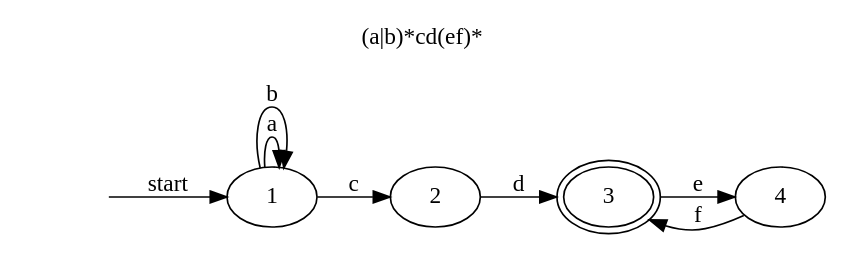
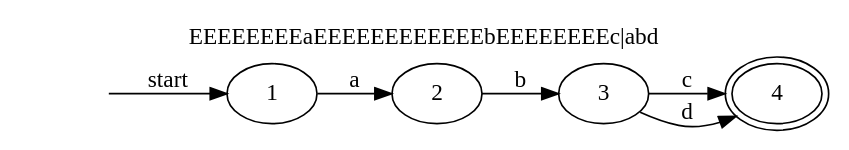
Before and after one commit to jorge-luis-ibanez-canales-2019630541/Compiladores2021B: the diagram in Algorithms/Lexical Analysis/RE_to_DFA_Syntax_Tree/ejemplo.gv, drawn with Graphviz. The commit also changed 65 other files, not shown here.

```diff
--- a/Algorithms/Lexical Analysis/RE_to_DFA_Syntax_Tree/ejemplo.gv
+++ b/Algorithms/Lexical Analysis/RE_to_DFA_Syntax_Tree/ejemplo.gv
@@ -1,14 +1,12 @@
 digraph G {
 	rankdir=LR;
-	1 -> 1 [label="a"]
-	1 -> 1 [label="b"]
-	1 -> 2 [label="c"]
-	2 -> 3 [label="d"]
-	3 -> 4 [label="e"]
-	4 -> 3 [label="f"]
-	3 [peripheries=2]
+	1 -> 2 [label="a"]
+	2 -> 3 [label="b"]
+	3 -> 4 [label="c"]
+	3 -> 4 [label="d"]
+	4 [peripheries=2]
 	" " [shape=plaintext]
 	" " -> 1 [label="start"]
 	labelloc="t";
-	label="(a|b)*cd(ef)*";
+	label="EEEEEEEEaEEEEEEEEEEEEbEEEEEEEEc|abd";
 }
```
